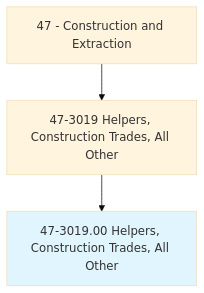
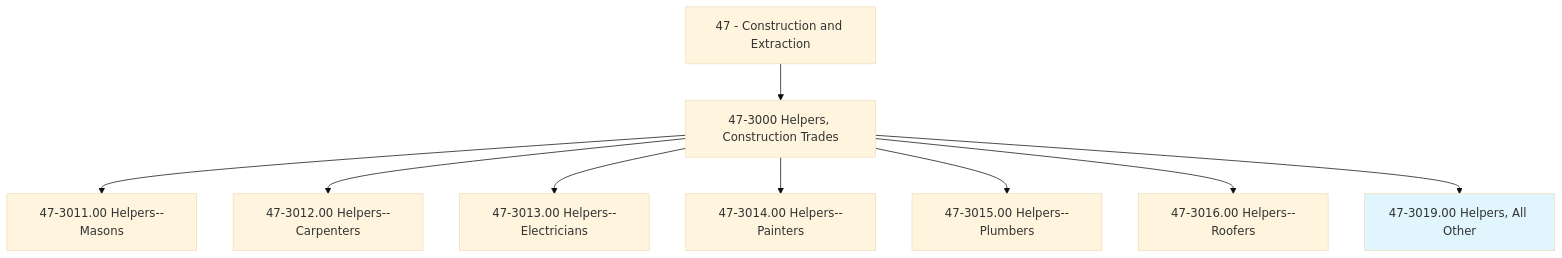
One commit to kziemski/business.org.ai changed the first of 4 diagrams in occupations/Construction/HelpersConstructionTrades.mdx. Above: the diagram before and after it, drawn with Mermaid (base theme). The commit also changed other lines of this file and 938 other files, not shown here.

````diff
--- a/occupations/Construction/HelpersConstructionTrades.mdx
+++ b/occupations/Construction/HelpersConstructionTrades.mdx
@@ -19,6 +23,12 @@
 ```mermaid
 graph TD
-    Cat47["47 - Construction and Extraction"] --> Group473019["47-3019 Helpers, Construction Trades, All Other"]
-    Group473019 --> Current["47-3019.00 Helpers, Construction Trades, All Other"]
+    Cat47["47 - Construction and Extraction"] --> Group473["47-3000 Helpers, Construction Trades"]
+    Group473 --> Brick["47-3011.00 Helpers--Masons"]
+    Group473 --> Carp["47-3012.00 Helpers--Carpenters"]
+    Group473 --> Elec["47-3013.00 Helpers--Electricians"]
+    Group473 --> Paint["47-3014.00 Helpers--Painters"]
+    Group473 --> Pipe["47-3015.00 Helpers--Plumbers"]
+    Group473 --> Roof["47-3016.00 Helpers--Roofers"]
+    Group473 --> Current["47-3019.00 Helpers, All Other"]
     style Current fill:#e1f5fe
 ```
````
